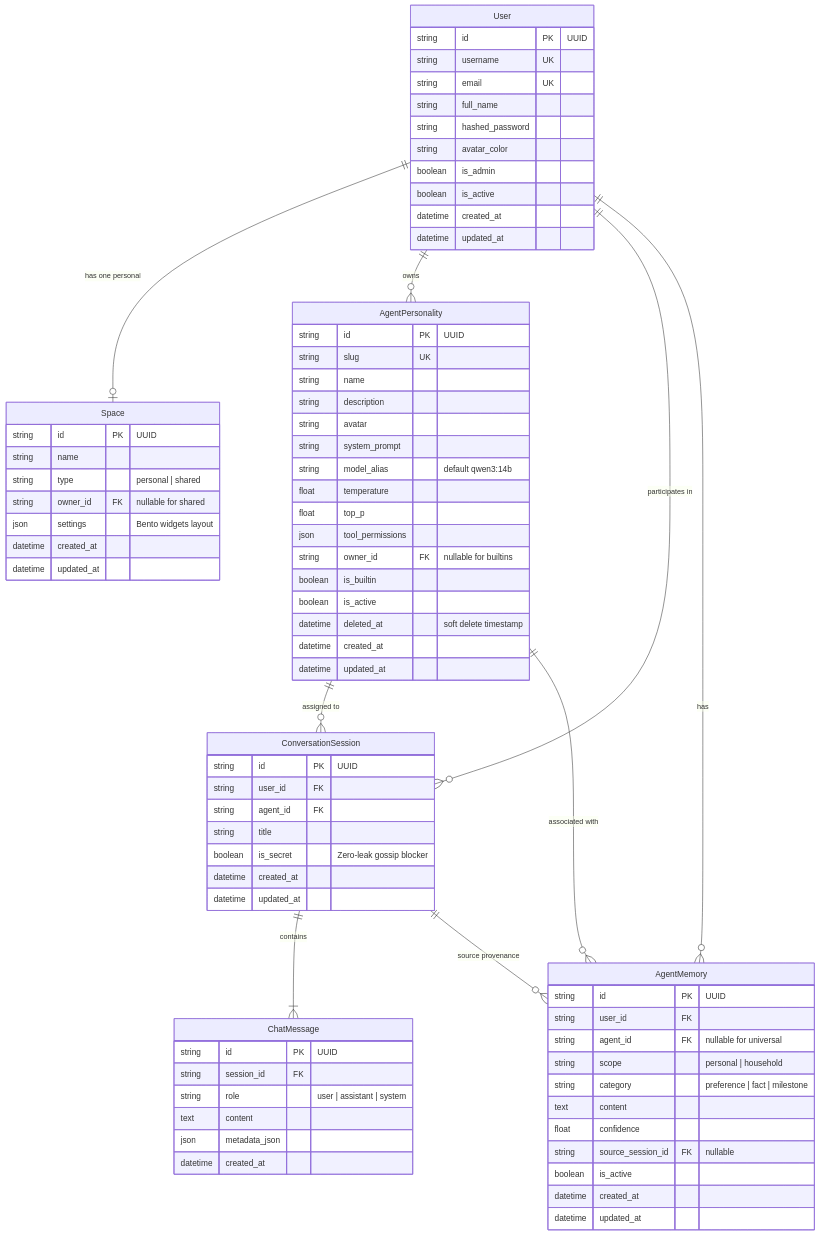
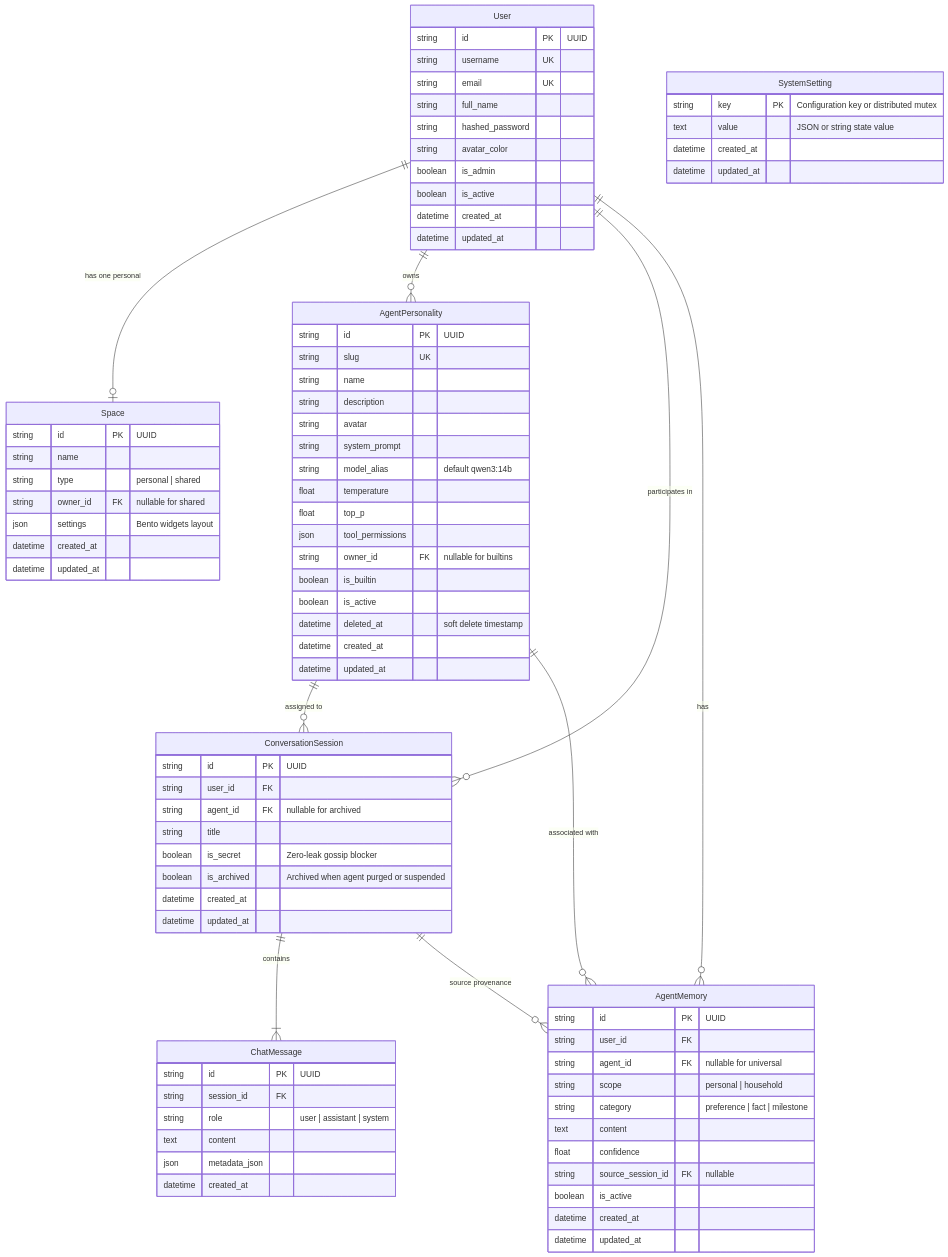
The diagram in apps/household-hub/docs/STAGE_1_BASELINE.md (Anwera64/homelab), drawn with Mermaid before and after one commit. The commit also changed other lines of this file and 2 other files, not shown here.

Commit message:
docs(household-hub): synchronize architectural baselines and READMEs with Clean Architecture and backend fixes

````diff
--- a/apps/household-hub/docs/STAGE_1_BASELINE.md
+++ b/apps/household-hub/docs/STAGE_1_BASELINE.md
@@ -78,9 +78,10 @@
     ConversationSession {
         string id PK "UUID"
         string user_id FK
-        string agent_id FK
+        string agent_id FK "nullable for archived"
         string title
         boolean is_secret "Zero-leak gossip blocker"
+        boolean is_archived "Archived when agent purged or suspended"
         datetime created_at
         datetime updated_at
     }
@@ -107,4 +108,11 @@
         datetime created_at
         datetime updated_at
     }
+
+    SystemSetting {
+        string key PK "Configuration key or distributed mutex"
+        text value "JSON or string state value"
+        datetime created_at
+        datetime updated_at
+    }
 ```
````
